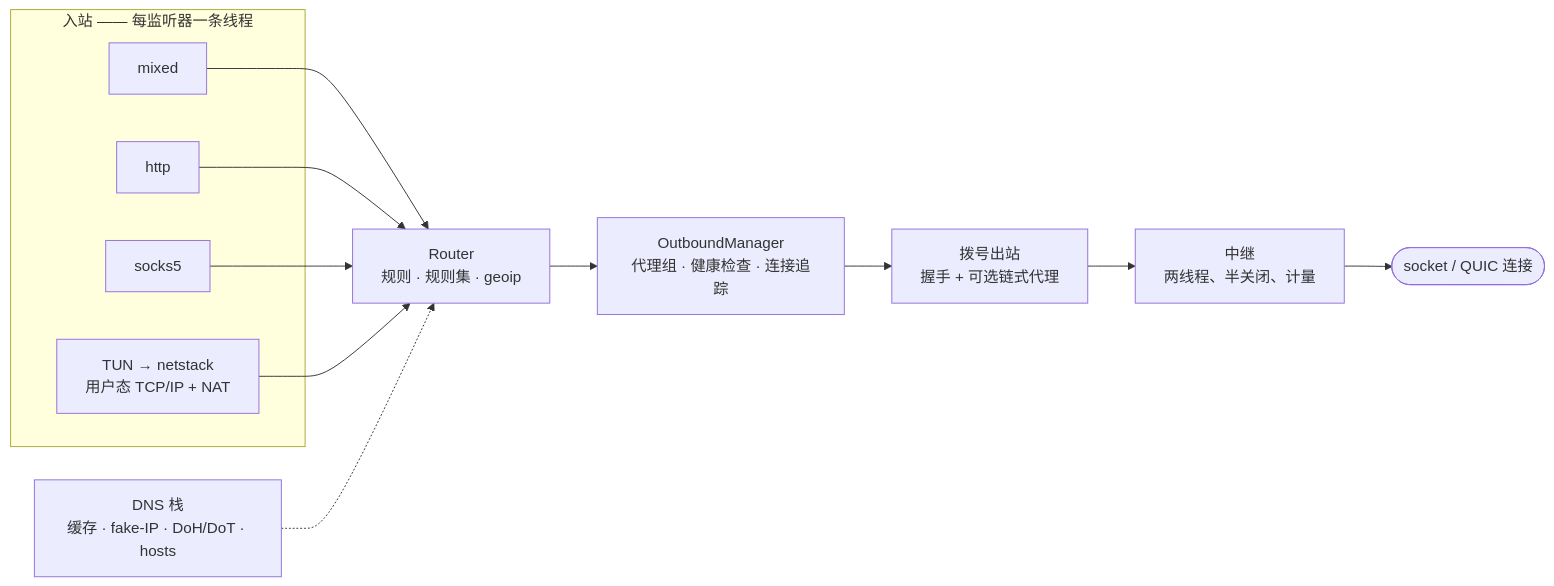
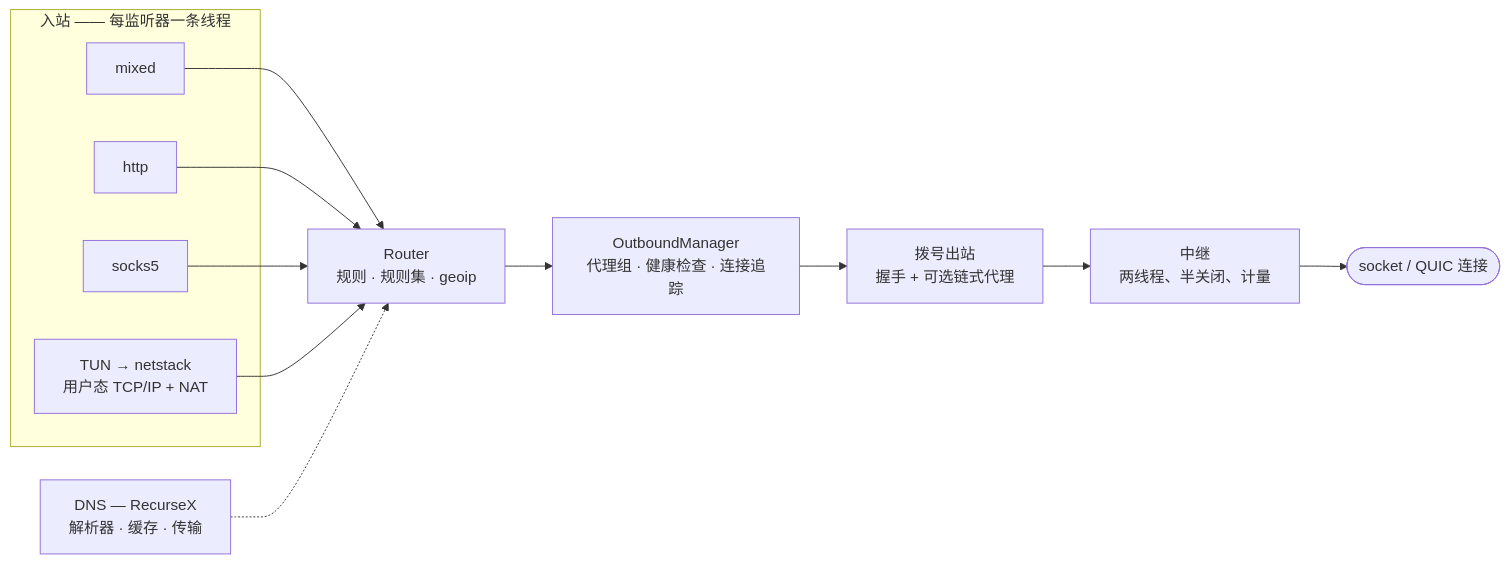
One commit to blueokanna/Corduit changed the first of 3 diagrams in README.zh-CN.md. Above: the diagram before and after it, drawn with Mermaid. The commit also changed other lines of this file and 94 other files, not shown here.

````diff
--- a/README.zh-CN.md
+++ b/README.zh-CN.md
@@ -43,16 +43,16 @@
 ```mermaid
 flowchart LR
     subgraph IN["入站 —— 每监听器一条线程"]
         MIX["mixed"]
         HTTP["http"]
         S5["socks5"]
         TUN["TUN → netstack<br/>用户态 TCP/IP + NAT"]
     end
 
     MIX & HTTP & S5 & TUN --> RT["Router<br/>规则 · 规则集 · geoip"]
-    DNS["DNS 栈<br/>缓存 · fake-IP · DoH/DoT · hosts"] -.-> RT
+    DNS["DNS — RecurseX<br/>解析器 · 缓存 · 传输"] -.-> RT
     RT --> OM["OutboundManager<br/>代理组 · 健康检查 · 连接追踪"]
     OM --> DIAL["拨号出站<br/>握手 + 可选链式代理"]
     DIAL --> RELAY["中继<br/>两线程、半关闭、计量"]
     RELAY --> NET(["socket / QUIC 连接"])
 ```
````
